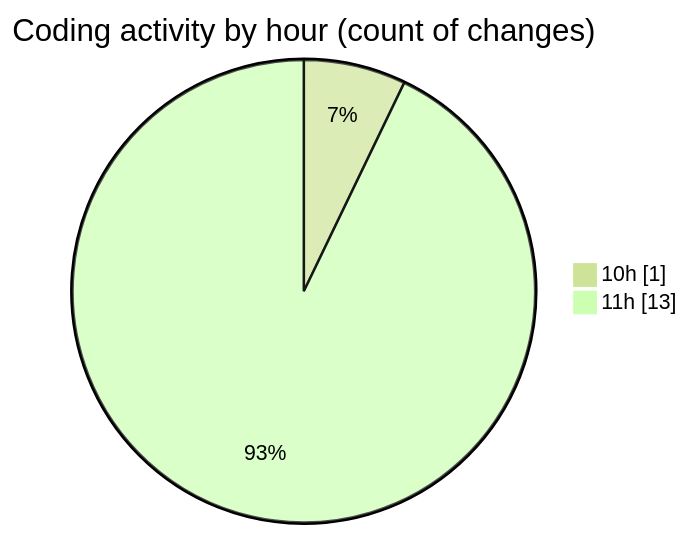
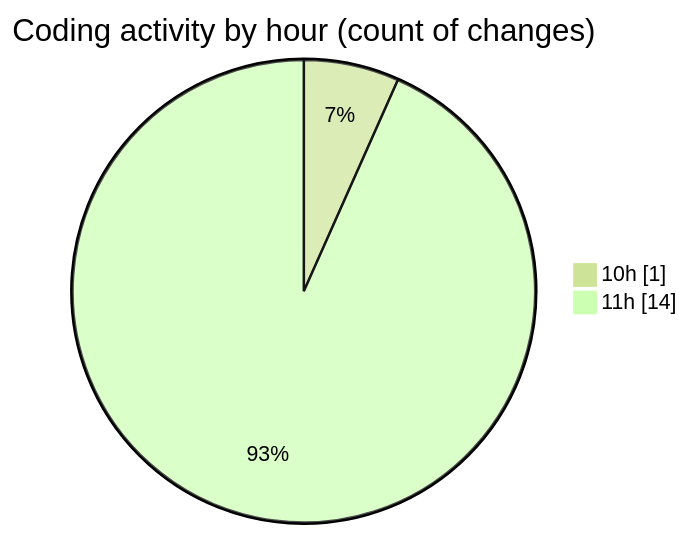
Before and after one commit to nxtqubesakshisongat/code-tracking: the second of 2 diagrams in 2025-06-26/nxtqube_webapp/README.md, drawn with Mermaid (forest theme). The commit also changed other lines of this file and 1 other file, not shown here.

````diff
--- a/2025-06-26/nxtqube_webapp/README.md
+++ b/2025-06-26/nxtqube_webapp/README.md
@@ -28,6 +28,6 @@
 ```mermaid
 pie showData
 title Coding activity by hour (count of changes)
 "10h" : 1
-"11h" : 13
+"11h" : 14
 ```
````
